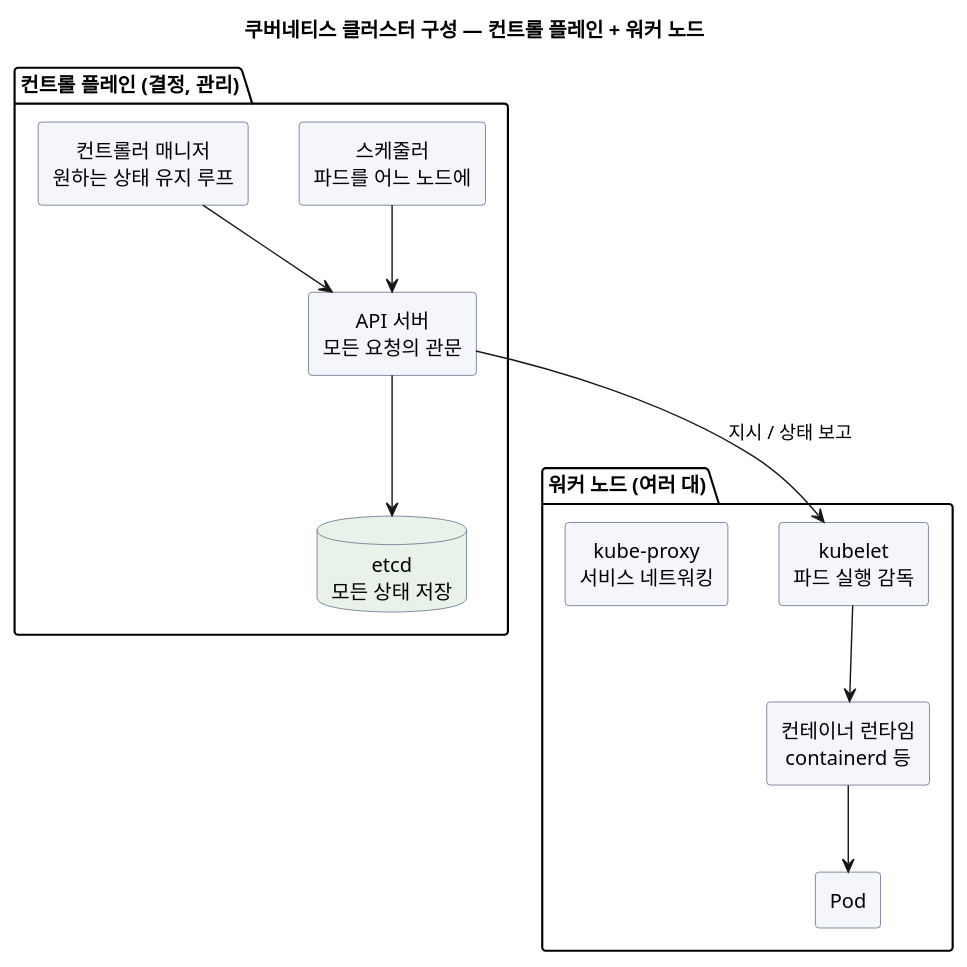
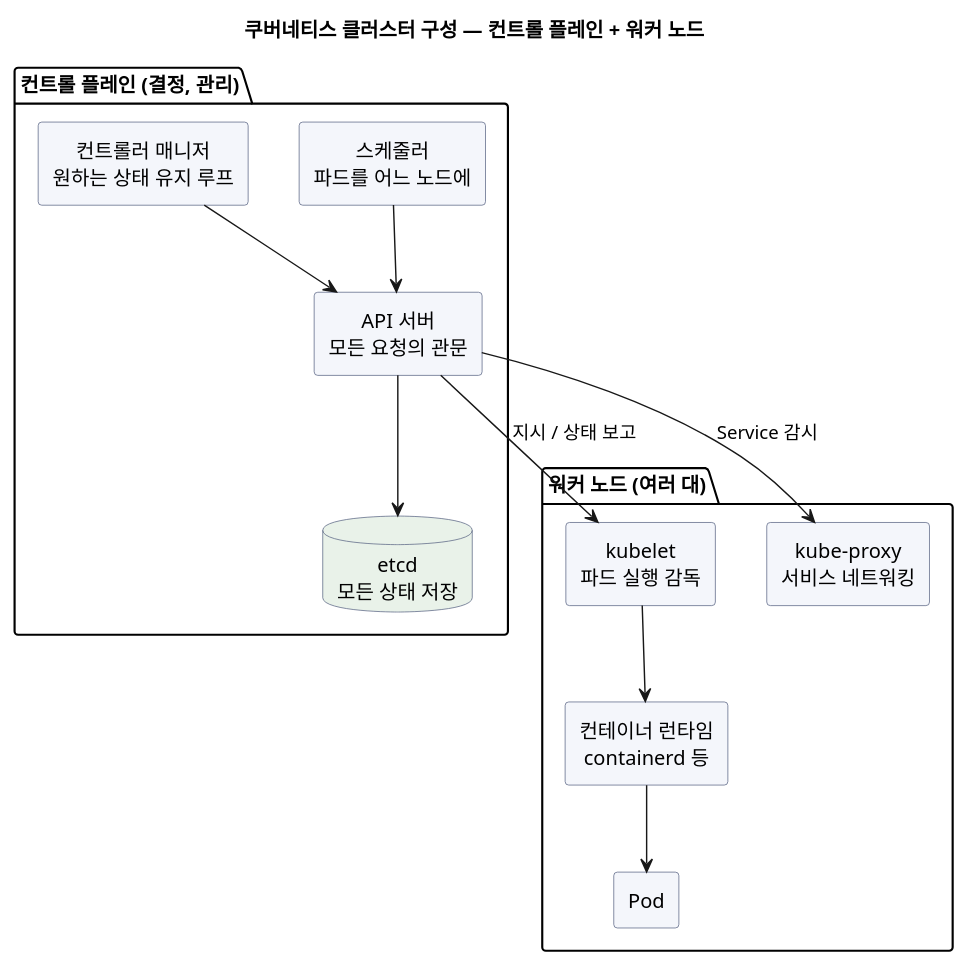
The first of 3 diagrams in blog/2026-09-16-kubernetes-components-architecture.mdx (johnycho/johny-dev), drawn with PlantUML before and after one commit. The commit also changed other lines of this file and 4 other files, not shown here.

````diff
--- a/blog/2026-09-16-kubernetes-components-architecture.mdx
+++ b/blog/2026-09-16-kubernetes-components-architecture.mdx
@@ -26,35 +43,36 @@
 ```plantuml
 @startuml
 skinparam defaultTextAlignment center
 skinparam rectangle {
   BackgroundColor #F4F6FB
   BorderColor #556080
 }
 skinparam database {
   BackgroundColor #E9F2E9
   BorderColor #556080
 }
 title 쿠버네티스 클러스터 구성 — 컨트롤 플레인 + 워커 노드
 
 package "컨트롤 플레인 (결정, 관리)" {
   rectangle "API 서버\n모든 요청의 관문" as api
   database "etcd\n모든 상태 저장" as etcd
   rectangle "스케줄러\n파드를 어느 노드에" as sched
   rectangle "컨트롤러 매니저\n원하는 상태 유지 루프" as cm
 }
 
 package "워커 노드 (여러 대)" {
   rectangle "kubelet\n파드 실행 감독" as k1
   rectangle "컨테이너 런타임\ncontainerd 등" as r1
   rectangle "kube-proxy\n서비스 네트워킹" as p1
   rectangle "Pod" as pod1
 }
 
 api --> etcd
 sched --> api
 cm --> api
 api --> k1 : 지시 / 상태 보고
+api --> p1 : Service 감시
 k1 --> r1
 r1 --> pod1
 @enduml
 ```
````
